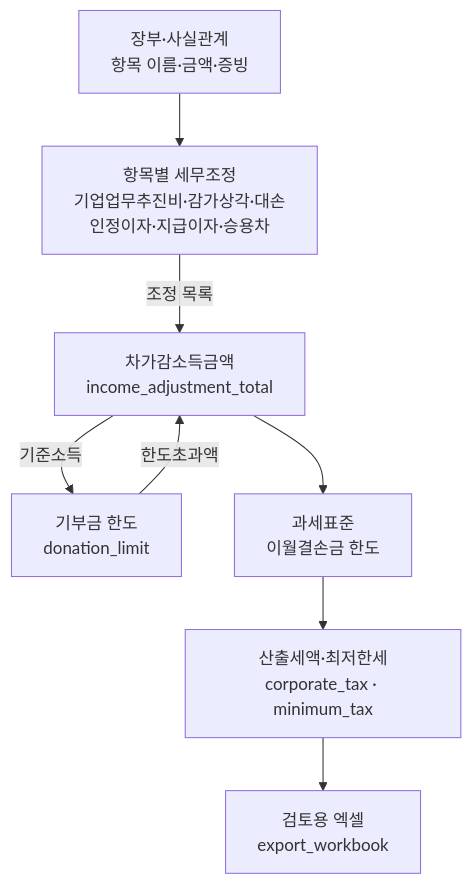
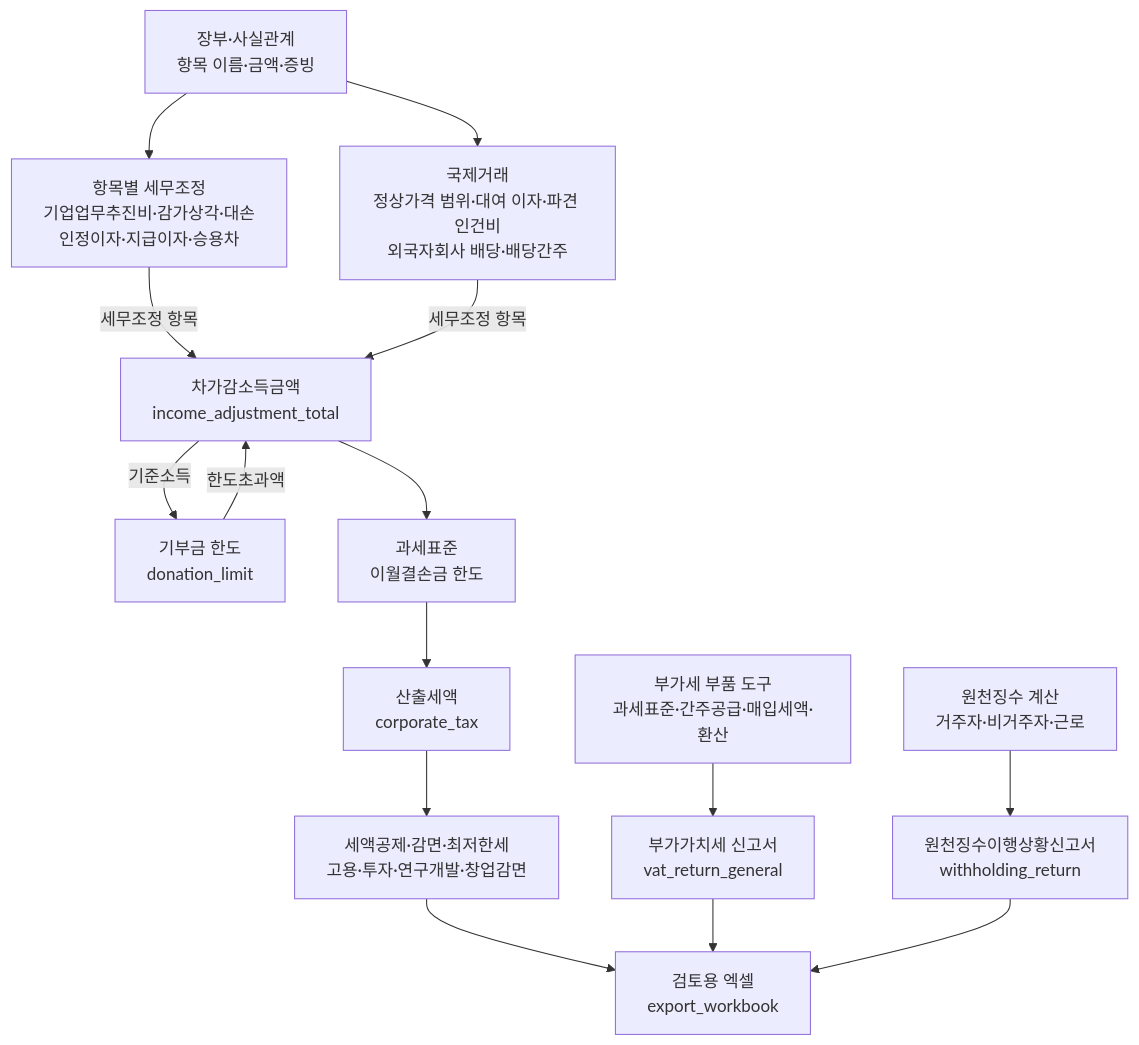
Before and after one commit to UpstageAI/korean-tax-calc-mcp: the second of 2 diagrams in README.md, drawn with Mermaid. The commit also changed other lines of this file and 4 other files, not shown here.

````diff
--- a/README.md
+++ b/README.md
@@ -41,10 +48,15 @@
 ```mermaid
 flowchart TD
   L["장부·사실관계<br/>항목 이름·금액·증빙"] --> A["항목별 세무조정<br/>기업업무추진비·감가상각·대손<br/>인정이자·지급이자·승용차"]
-  A -->|조정 목록| T["차가감소득금액<br/>income_adjustment_total"]
+  L --> I["국제거래<br/>정상가격 범위·대여 이자·파견 인건비<br/>외국자회사 배당·배당간주"]
+  A -->|세무조정 항목| T["차가감소득금액<br/>income_adjustment_total"]
+  I -->|세무조정 항목| T
   T -->|기준소득| D["기부금 한도<br/>donation_limit"]
   D -->|한도초과액| T
   T --> B["과세표준<br/>이월결손금 한도"]
-  B --> C["산출세액·최저한세<br/>corporate_tax · minimum_tax"]
-  C --> X["검토용 엑셀<br/>export_workbook"]
+  B --> C["산출세액<br/>corporate_tax"]
+  C --> G["세액공제·감면·최저한세<br/>고용·투자·연구개발·창업감면"]
+  G --> X["검토용 엑셀<br/>export_workbook"]
+  V1["부가세 부품 도구<br/>과세표준·간주공급·매입세액·환산"] --> V2["부가가치세 신고서<br/>vat_return_general"] --> X
+  W1["원천징수 계산<br/>거주자·비거주자·근로"] --> W2["원천징수이행상황신고서<br/>withholding_return"] --> X
 ```
````
